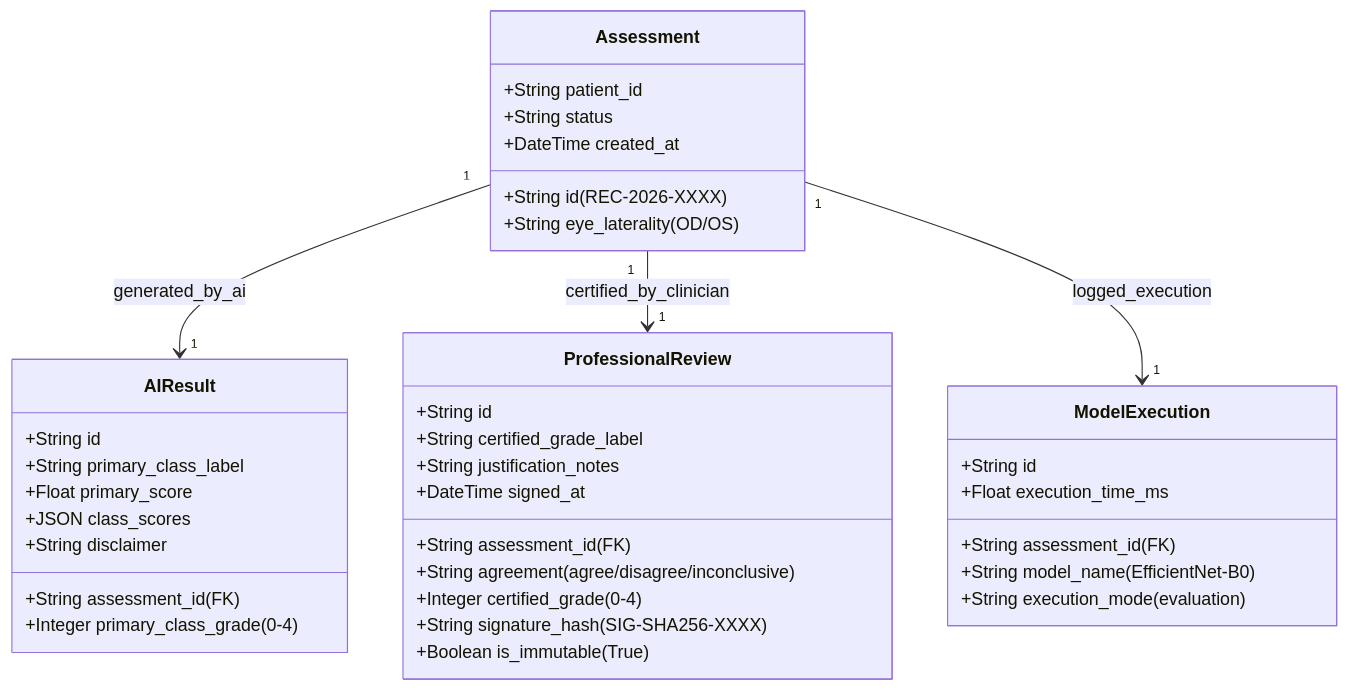
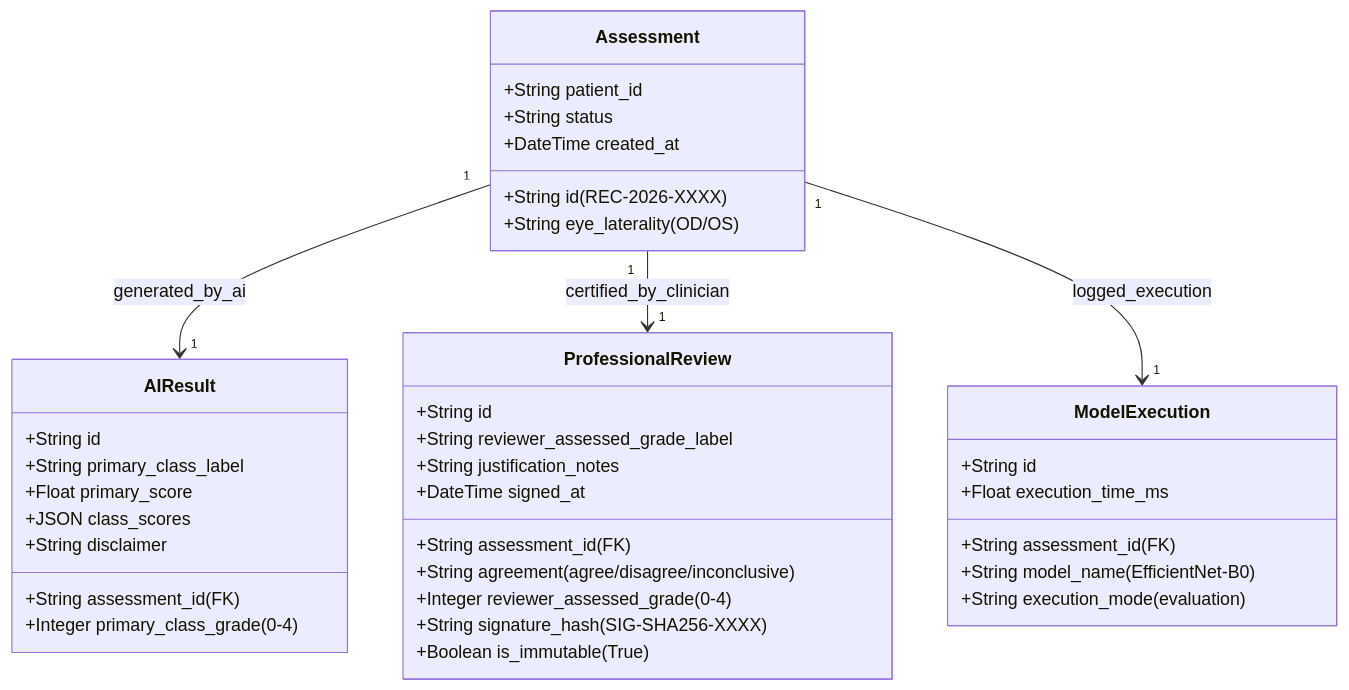
The third of 3 diagrams in docs/verification_and_traceability_matrix.md (CloudTechy/diabetic-retinopathy-cdss), drawn with Mermaid before and after one commit. The commit also changed 32 other files, not shown here.

````diff
--- a/docs/verification_and_traceability_matrix.md
+++ b/docs/verification_and_traceability_matrix.md
@@ -185,44 +185,44 @@
 ```mermaid
 classDiagram
     class Assessment {
         +String id (REC-2026-XXXX)
         +String patient_id
         +String eye_laterality (OD/OS)
         +String status
         +DateTime created_at
     }
 
     class AIResult {
         +String id
         +String assessment_id (FK)
         +Integer primary_class_grade (0-4)
         +String primary_class_label
         +Float primary_score
         +JSON class_scores
         +String disclaimer
     }
 
     class ProfessionalReview {
         +String id
         +String assessment_id (FK)
         +String agreement (agree/disagree/inconclusive)
-        +Integer certified_grade (0-4)
-        +String certified_grade_label
+        +Integer reviewer_assessed_grade (0-4)
+        +String reviewer_assessed_grade_label
         +String justification_notes
         +String signature_hash (SIG-SHA256-XXXX)
         +Boolean is_immutable (True)
         +DateTime signed_at
     }
 
     class ModelExecution {
         +String id
         +String assessment_id (FK)
         +String model_name (EfficientNet-B0)
         +String execution_mode (evaluation)
         +Float execution_time_ms
     }
 
     Assessment "1" --> "1" AIResult : generated_by_ai
     Assessment "1" --> "1" ProfessionalReview : certified_by_clinician
     Assessment "1" --> "1" ModelExecution : logged_execution
 ```
````
